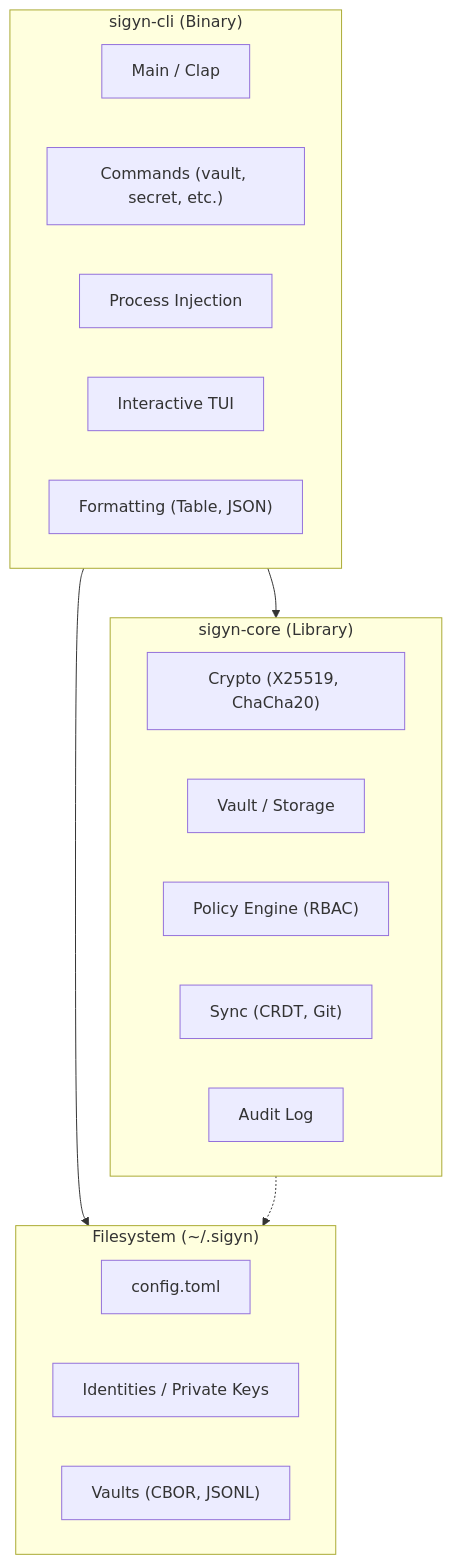
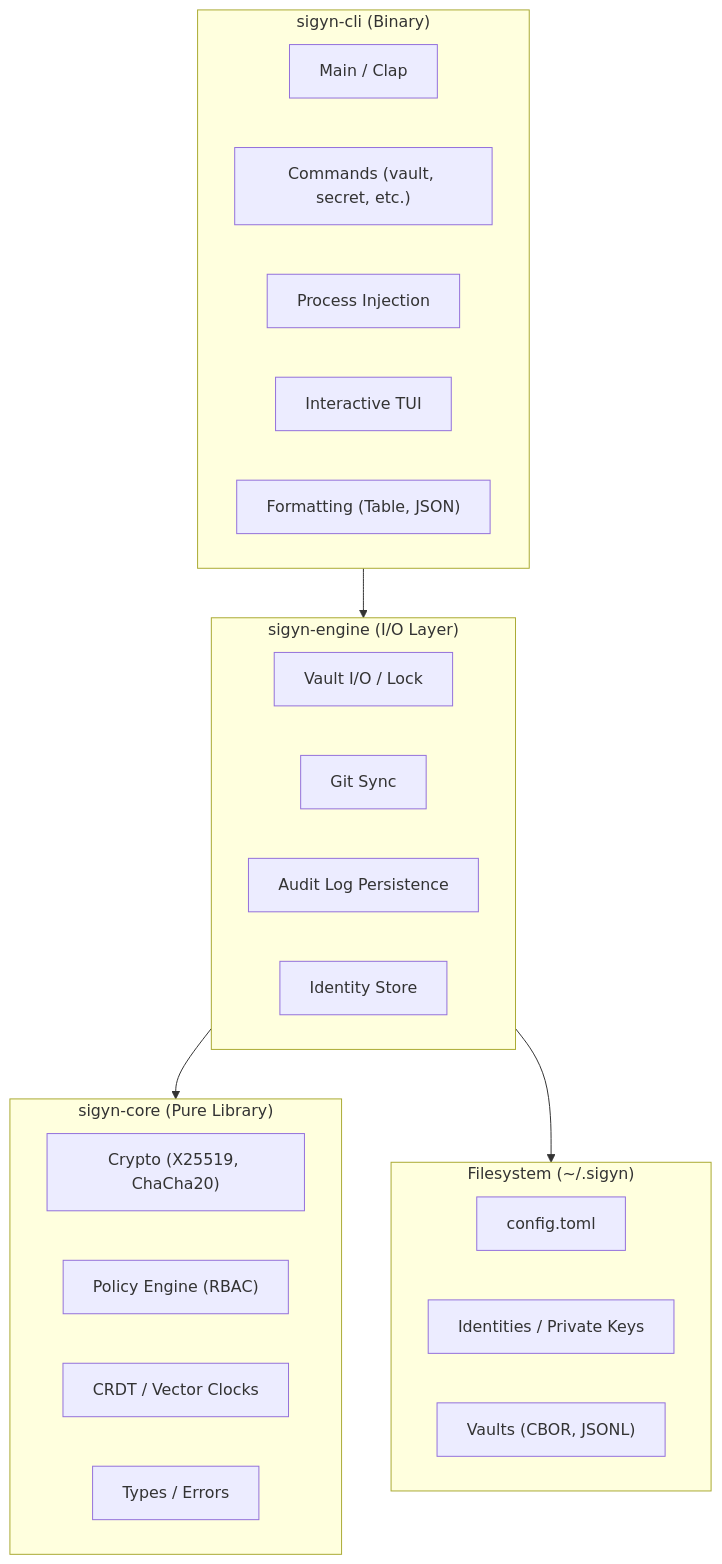
One commit to tonybenoy/sigyn changed the first of 2 diagrams in docs/architecture.md. Above: the diagram before and after it, drawn with Mermaid. The commit also changed other lines of this file and 7 other files, not shown here.

````diff
--- a/docs/architecture.md
+++ b/docs/architecture.md
@@ -8,28 +8,34 @@
 ```mermaid
 graph TD
     subgraph CLI ["sigyn-cli (Binary)"]
         CLIMain["Main / Clap"]
         Commands["Commands (vault, secret, etc.)"]
         Inject["Process Injection"]
         TUI["Interactive TUI"]
         Output["Formatting (Table, JSON)"]
     end
 
-    subgraph Core ["sigyn-core (Library)"]
+    subgraph Engine ["sigyn-engine (I/O Layer)"]
+        VaultIO["Vault I/O / Lock"]
+        GitSync["Git Sync"]
+        AuditIO["Audit Log Persistence"]
+        IdentityIO["Identity Store"]
+    end
+
+    subgraph Core ["sigyn-core (Pure Library)"]
         Crypto["Crypto (X25519, ChaCha20)"]
-        Vault["Vault / Storage"]
         Policy["Policy Engine (RBAC)"]
-        Sync["Sync (CRDT, Git)"]
-        Audit["Audit Log"]
+        CRDT["CRDT / Vector Clocks"]
+        Types["Types / Errors"]
     end
 
     subgraph Storage ["Filesystem (~/.sigyn)"]
         Config["config.toml"]
         Identities["Identities / Private Keys"]
         Vaults["Vaults (CBOR, JSONL)"]
     end
 
-    CLI --> Core
-    CLI --> Storage
-    Core -.-> Storage
+    CLI --> Engine
+    Engine --> Core
+    Engine --> Storage
 ```
````
